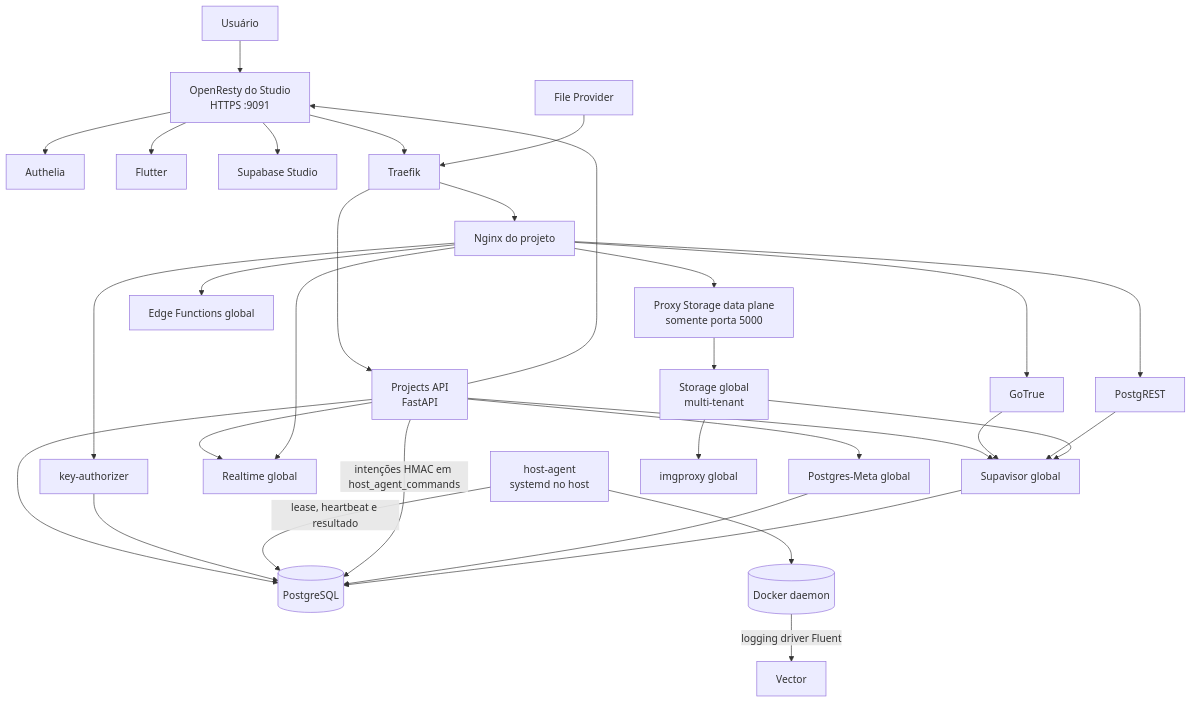
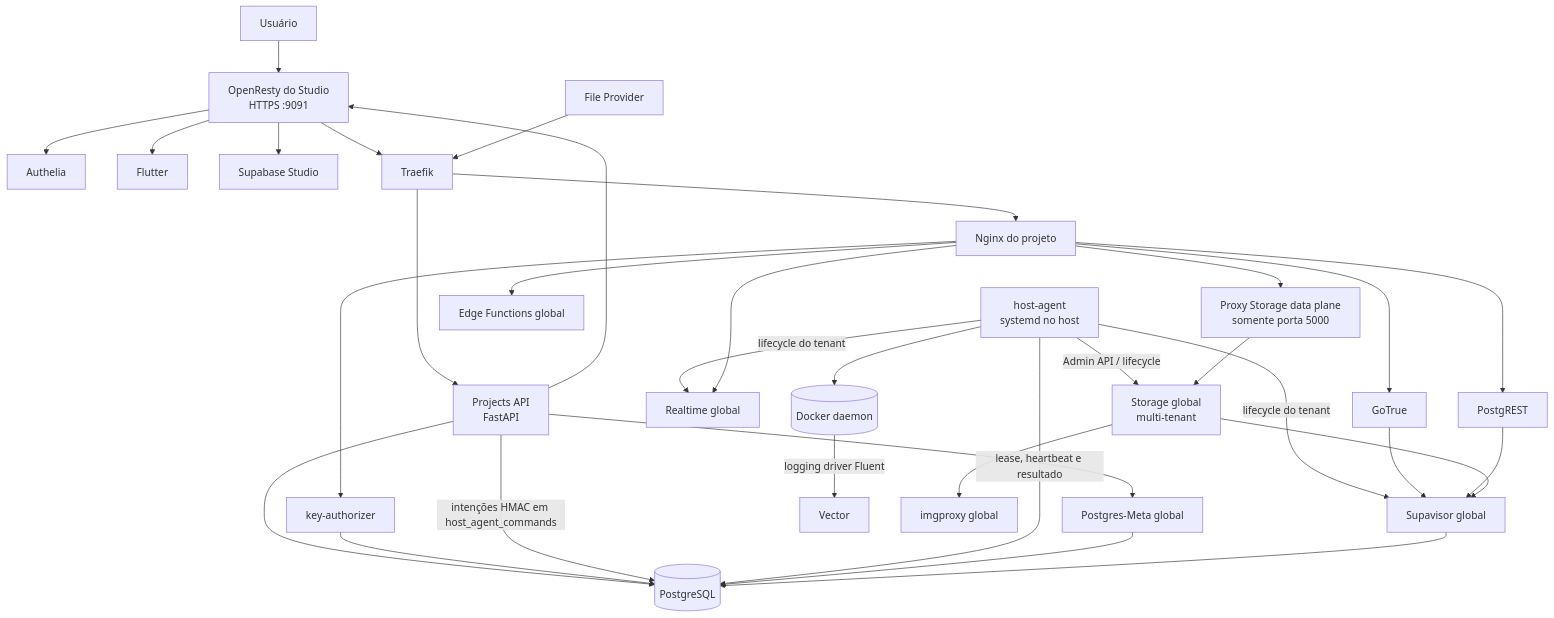
Before and after one commit to GustavoMartins123/supabase-multitenant: the diagram in docs/00-arquitetura.md, drawn with Mermaid. The commit also changed other lines of this file, not shown here.

Commit message:
docs: clarify host-agent ownership of tenant lifecycle

````diff
--- a/docs/00-arquitetura.md
+++ b/docs/00-arquitetura.md
@@ -15,41 +15,43 @@
 ```mermaid
 flowchart TB
     User[Usuário] --> StudioGateway[OpenResty do Studio\nHTTPS :9091]
     StudioGateway --> Authelia[Authelia]
     StudioGateway --> Selector[Flutter]
     StudioGateway --> Studio[Supabase Studio]
 
     StudioGateway --> Traefik[Traefik]
     Traefik --> ProjectsAPI[Projects API\nFastAPI]
     Traefik --> ProjectNginx[Nginx do projeto]
 
     ProjectsAPI --> PostgreSQL[(PostgreSQL)]
     ProjectNginx --> KeyAuthorizer[key-authorizer]
     KeyAuthorizer --> PostgreSQL
 
+    ProjectsAPI -->|intenções HMAC em host_agent_commands| PostgreSQL
     HostAgent[host-agent\nsystemd no host] -->|lease, heartbeat e resultado| PostgreSQL
     HostAgent --> Docker[(Docker daemon)]
-    ProjectsAPI -->|intenções HMAC em host_agent_commands| PostgreSQL
 
-    ProjectsAPI --> Realtime[Realtime global]
-    ProjectsAPI --> Supavisor[Supavisor global]
+    HostAgent -->|lifecycle do tenant| Realtime[Realtime global]
+    HostAgent -->|lifecycle do tenant| Supavisor[Supavisor global]
+    HostAgent -->|Admin API / lifecycle| Storage[Storage global\nmulti-tenant]
+
     ProjectsAPI --> PostgresMeta[Postgres-Meta global]
     ProjectsAPI --> StudioGateway
     PostgresMeta --> PostgreSQL
 
     DynamicConfig[File Provider] --> Traefik
     Docker -->|logging driver Fluent| Vector[Vector]
 
     ProjectNginx --> Auth[GoTrue]
     ProjectNginx --> Rest[PostgREST]
     ProjectNginx --> StorageDataPlane[Proxy Storage data plane\nsomente porta 5000]
-    StorageDataPlane --> Storage[Storage global\nmulti-tenant]
+    StorageDataPlane --> Storage
     Storage --> ImgProxy[imgproxy global]
     ProjectNginx --> Functions[Edge Functions global]
     ProjectNginx --> Realtime
 
     Auth --> Supavisor
     Rest --> Supavisor
     Storage --> Supavisor
     Supavisor --> PostgreSQL
 ```
````
